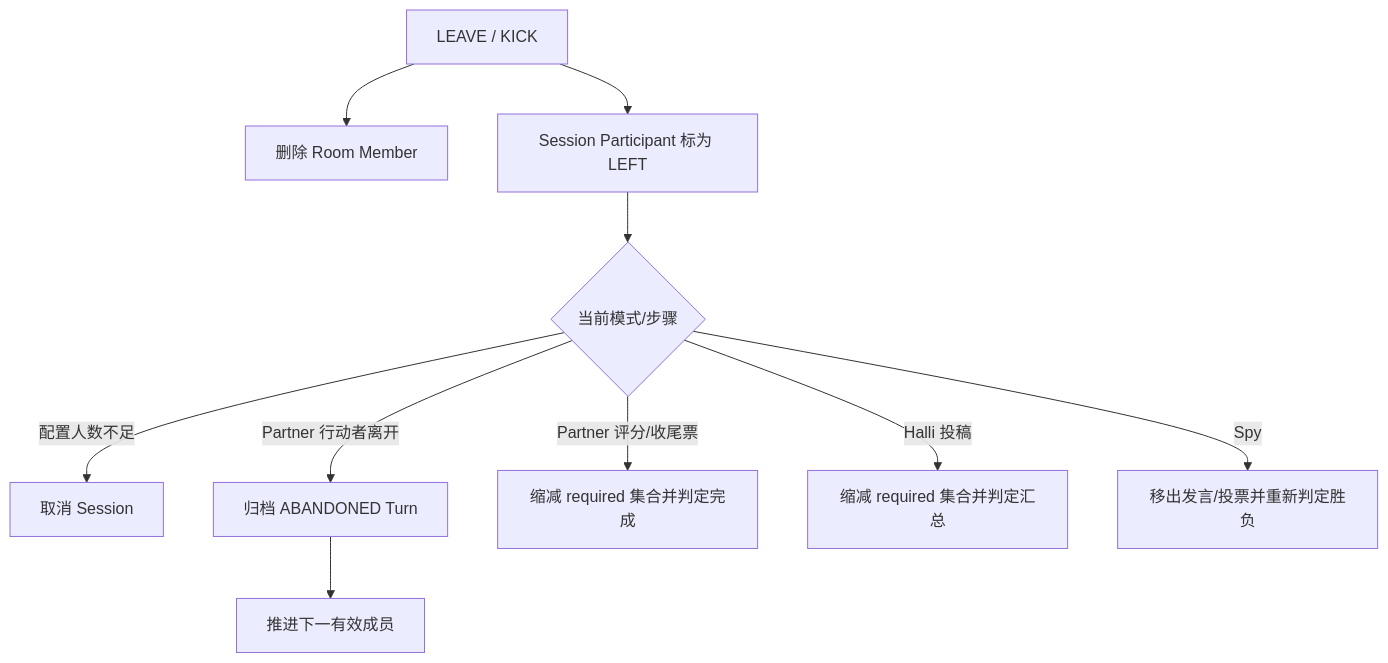
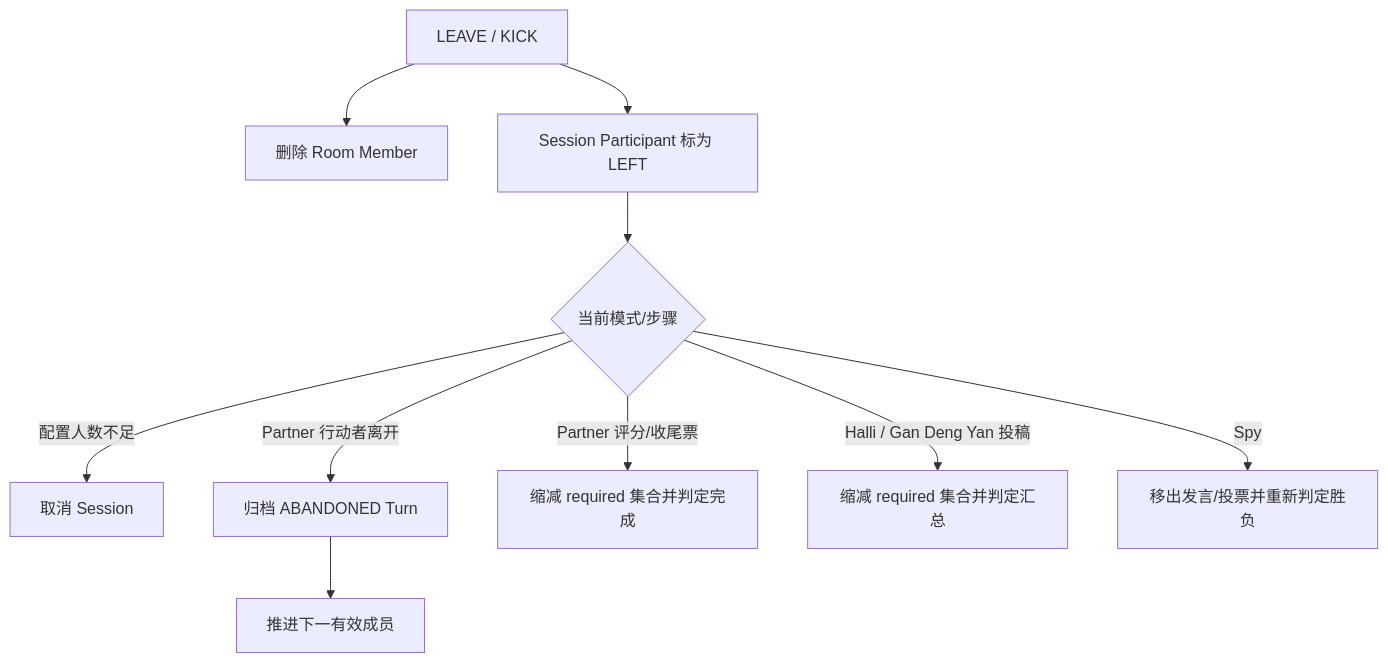
Diagram 21 of 23 in docs/ROOM_PROTOCOL_V3_IMPLEMENTATION.md (Bubble-419/cardboard-miniprogram), drawn with Mermaid before and after one commit. The commit also changed other lines of this file and 49 other files, not shown here.

Commit message:
feat: refine room flows and interaction feedback

````diff
--- a/docs/ROOM_PROTOCOL_V3_IMPLEMENTATION.md
+++ b/docs/ROOM_PROTOCOL_V3_IMPLEMENTATION.md
@@ -597,12 +601,12 @@
 ```mermaid
 flowchart TD
   LEAVE[LEAVE / KICK] --> MEMBER[删除 Room Member]
   LEAVE --> PARTICIPANT[Session Participant 标为 LEFT]
   PARTICIPANT --> MODE{当前模式/步骤}
   MODE -->|配置人数不足| CANCEL[取消 Session]
   MODE -->|Partner 行动者离开| ARCHIVE[归档 ABANDONED Turn]
   ARCHIVE --> NEXT[推进下一有效成员]
   MODE -->|Partner 评分/收尾票| SHRINK1[缩减 required 集合并判定完成]
-  MODE -->|Halli 投稿| SHRINK2[缩减 required 集合并判定汇总]
+  MODE -->|Halli / Gan Deng Yan 投稿| SHRINK2[缩减 required 集合并判定汇总]
   MODE -->|Spy| SHRINK3[移出发言/投票并重新判定胜负]
 ```
````
